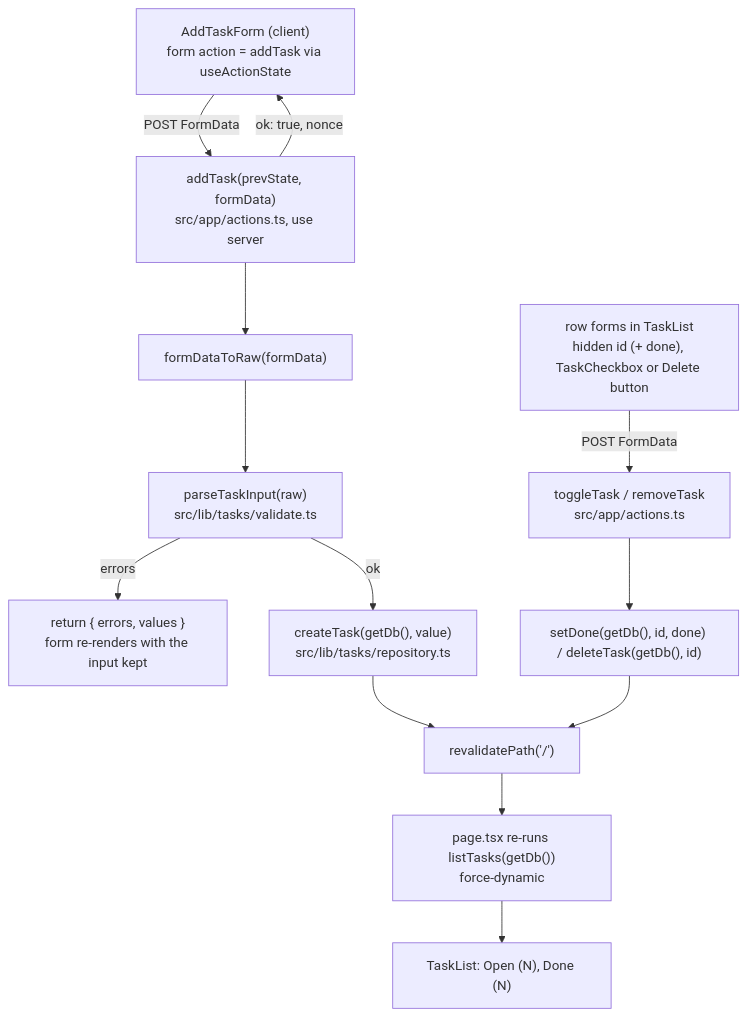
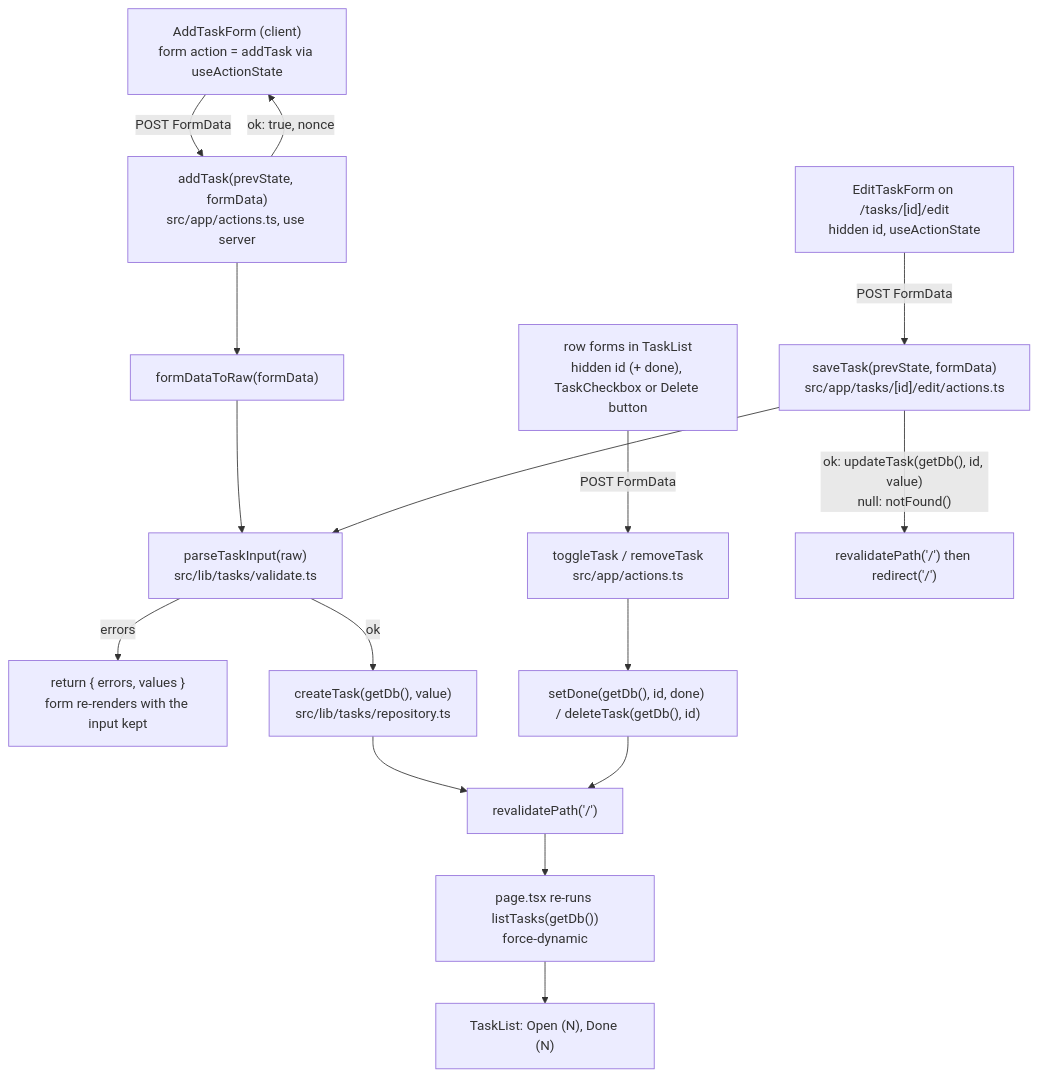
The diagram in docs/current/how/tasks.md (mkelk/harness-demo), drawn with Mermaid before and after one commit. The commit also changed other lines of this file and 7 other files, not shown here.

First line of the commit message:
tick xgu: edit page for a task

````diff
--- a/docs/current/how/tasks.md
+++ b/docs/current/how/tasks.md
@@ -12,15 +12,18 @@
 ```mermaid
 flowchart TD
     Form["AddTaskForm (client)<br/>form action = addTask via useActionState"] -->|"POST FormData"| Action["addTask(prevState, formData)<br/>src/app/actions.ts, use server"]
     Action --> Raw["formDataToRaw(formData)"]
     Raw --> Parse["parseTaskInput(raw)<br/>src/lib/tasks/validate.ts"]
     Parse -->|"errors"| Errors["return { errors, values }<br/>form re-renders with the input kept"]
     Parse -->|"ok"| Repo["createTask(getDb(), value)<br/>src/lib/tasks/repository.ts"]
     Repo --> Reval["revalidatePath('/')"]
     Reval --> Page["page.tsx re-runs listTasks(getDb())<br/>force-dynamic"]
     Page --> List["TaskList: Open (N), Done (N)"]
     Action -->|"ok: true, nonce"| Form
     Row["row forms in TaskList<br/>hidden id (+ done), TaskCheckbox or Delete button"] -->|"POST FormData"| Toggle["toggleTask / removeTask<br/>src/app/actions.ts"]
     Toggle --> Write["setDone(getDb(), id, done) / deleteTask(getDb(), id)"]
     Write --> Reval
+    Edit["EditTaskForm on /tasks/[id]/edit<br/>hidden id, useActionState"] -->|"POST FormData"| Save["saveTask(prevState, formData)<br/>src/app/tasks/[id]/edit/actions.ts"]
+    Save --> Parse
+    Save -->|"ok: updateTask(getDb(), id, value)<br/>null: notFound()"| Redirect["revalidatePath('/') then redirect('/')"]
 ```
````
